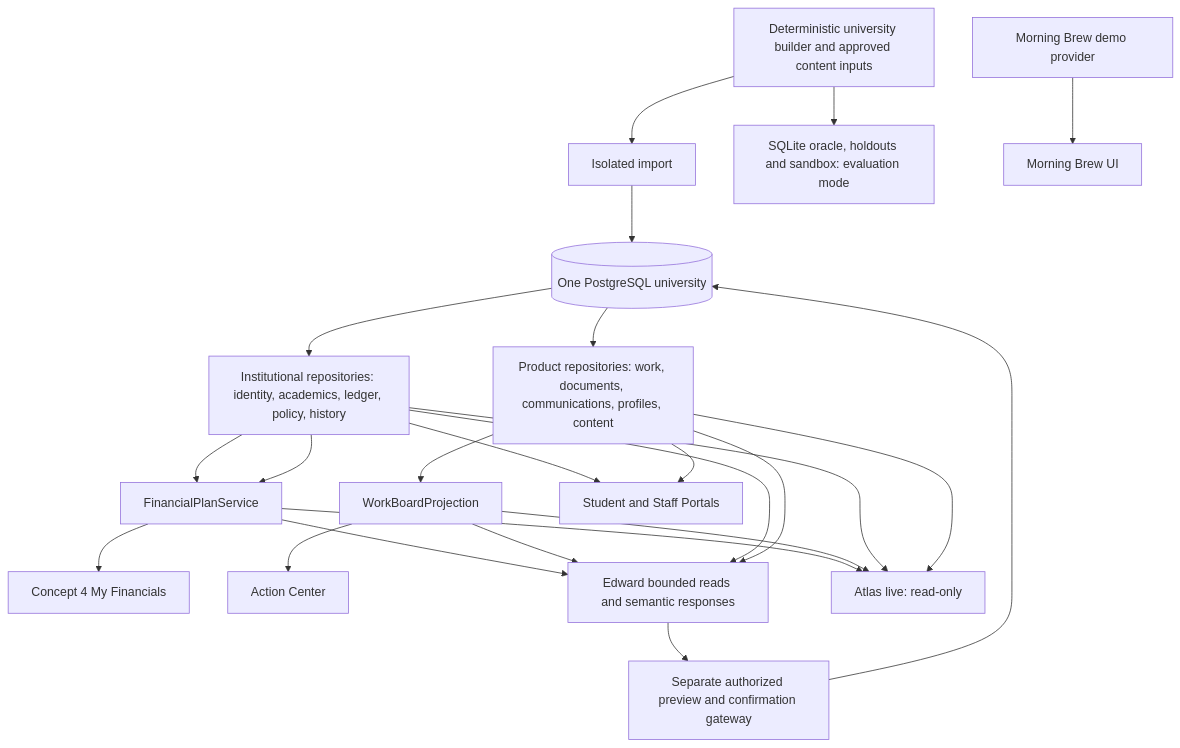
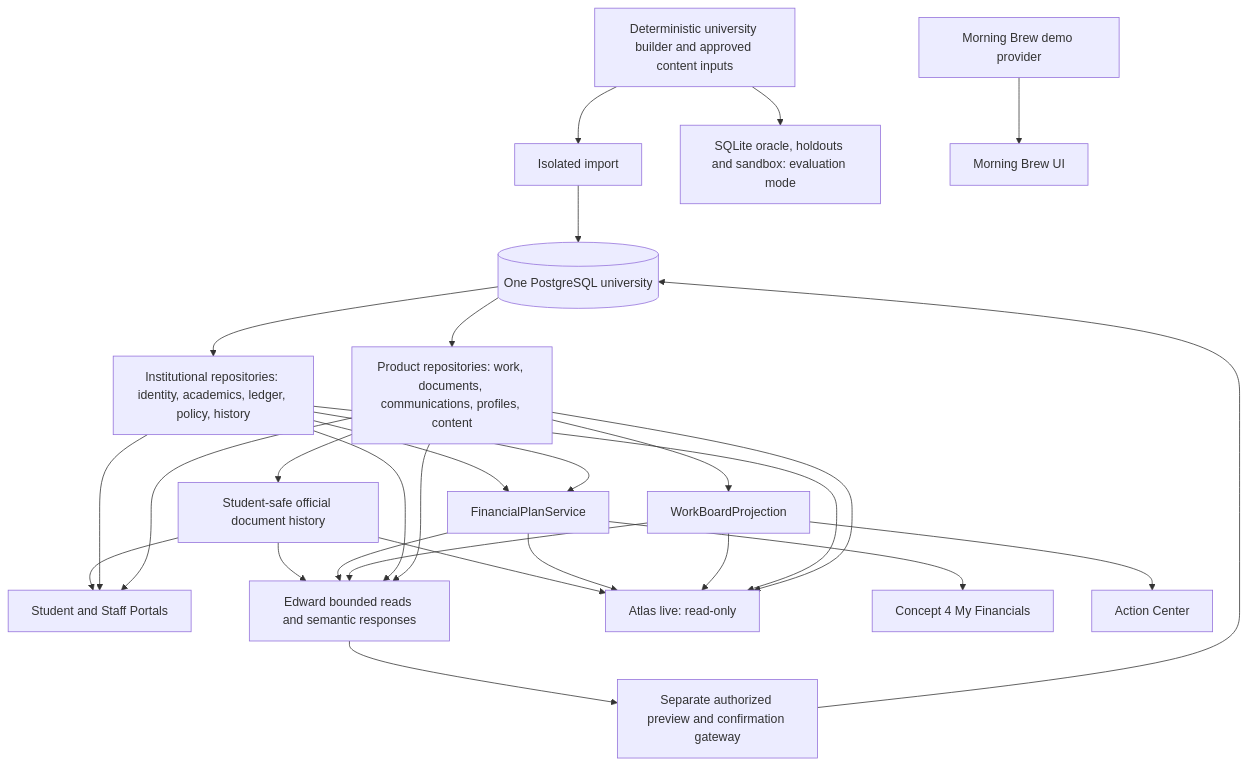
The diagram in docs/integration/implementation-report.md (dhairya2801/audentra-platform-demo), drawn with Mermaid before and after one commit. The commit also changed other lines of this file and 21 other files, not shown here.

Commit message:
feat: preserve canonical document review history across portal Edward and Atlas

````diff
--- a/docs/integration/implementation-report.md
+++ b/docs/integration/implementation-report.md
@@ -165,26 +168,30 @@
 ```mermaid
 flowchart TD
   B[Deterministic university builder and approved content inputs] --> I[Isolated import]
   I --> PG[(One PostgreSQL university)]
   PG --> U[Institutional repositories: identity, academics, ledger, policy, history]
   PG --> P[Product repositories: work, documents, communications, profiles, content]
   U --> F[FinancialPlanService]
   P --> W[WorkBoardProjection]
+  P --> DH[Student-safe official document history]
+  DH --> SP
+  DH --> E
+  DH --> A
   U --> F
   F --> MF[Concept 4 My Financials]
   W --> AC[Action Center]
   U --> SP[Student and Staff Portals]
   P --> SP
   F --> E[Edward bounded reads and semantic responses]
   W --> E
   U --> E
   P --> E
   E --> G[Separate authorized preview and confirmation gateway]
   G --> PG
   F --> A[Atlas live: read-only]
   W --> A
   U --> A
   P --> A
   B --> S[SQLite oracle, holdouts and sandbox: evaluation mode]
   D[Morning Brew demo provider] --> MB[Morning Brew UI]
 ```
````
